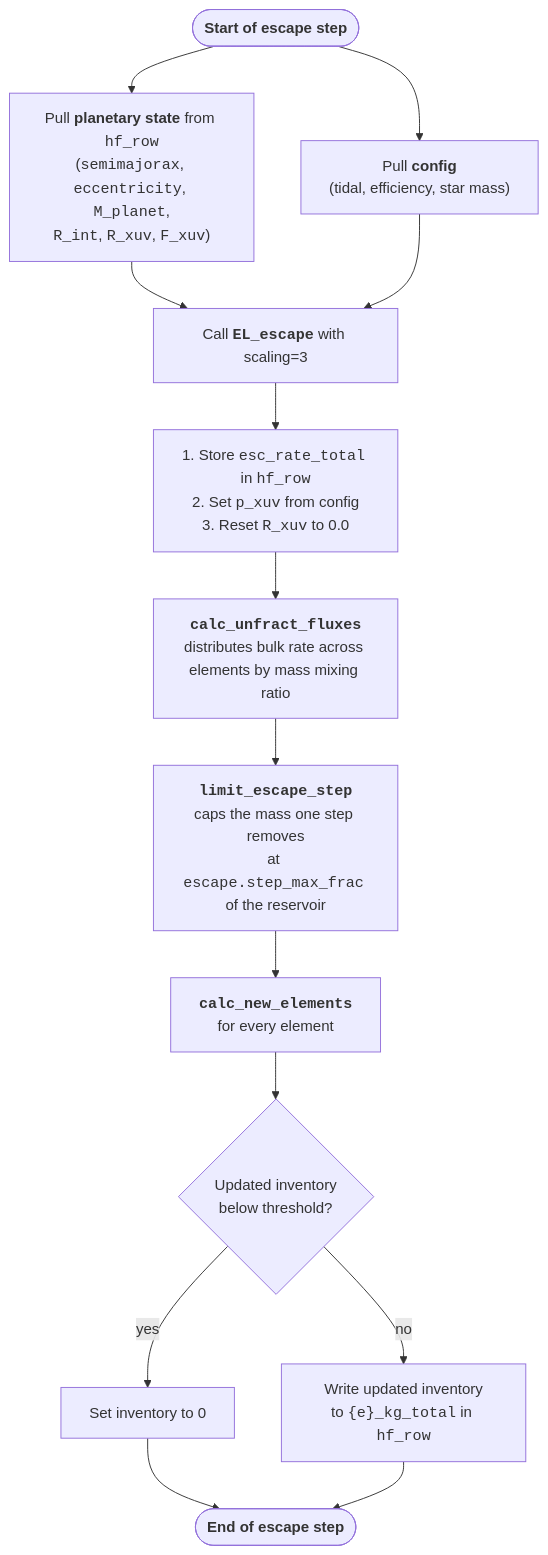
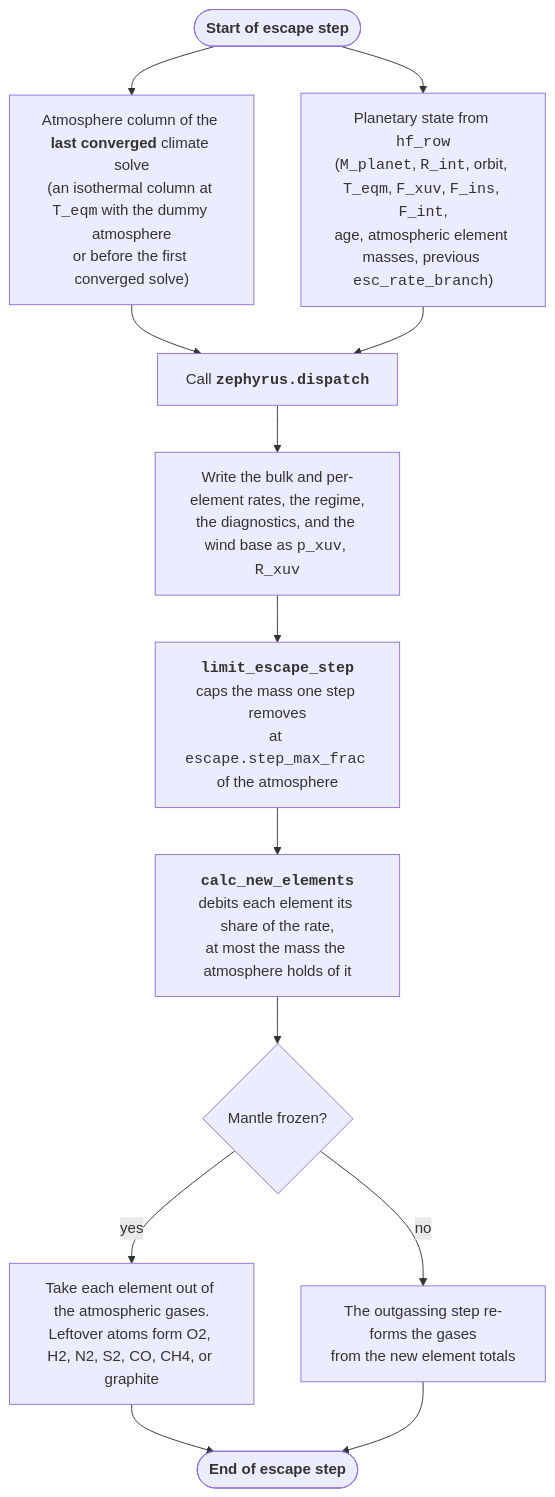
Before and after one commit to FormingWorlds/ZEPHYRUS: the diagram in docs/Explanations/proteus.md, drawn with Mermaid. The commit also changed other lines of this file and 12 other files, not shown here.

````diff
--- a/docs/Explanations/proteus.md
+++ b/docs/Explanations/proteus.md
@@ -52,38 +59,35 @@
 ```mermaid
 flowchart TD
     Start([<b>Start of escape step</b>])
 
-    Pull1["Pull <b>planetary state</b> from <code>hf_row</code><br/>(<code>semimajorax</code>, <code>eccentricity</code>, <code>M_planet</code>,<br/><code>R_int</code>, <code>R_xuv</code>, <code>F_xuv</code>)"]
-    Pull2["Pull <b>config</b><br/>(tidal, efficiency, star mass)"]
+    Column["Atmosphere column of the <b>last converged</b> climate solve<br/>(an isothermal column at <code>T_eqm</code> with the dummy atmosphere<br/>or before the first converged solve)"]
+    Pull["Planetary state from <code>hf_row</code><br/>(<code>M_planet</code>, <code>R_int</code>, orbit, <code>T_eqm</code>, <code>F_xuv</code>, <code>F_ins</code>, <code>F_int</code>,<br/>age, atmospheric element masses, previous <code>esc_rate_branch</code>)"]
 
-    Call["Call <b><code>EL_escape</code></b> with scaling=3"]
+    Call["Call <b><code>zephyrus.dispatch</code></b>"]
 
-    Store["1. Store <code>esc_rate_total</code> in <code>hf_row</code><br/>2. Set <code>p_xuv</code> from config<br/>3. Reset <code>R_xuv</code> to 0.0"]
+    Store["Write the bulk and per-element rates, the regime,<br/>the diagnostics, and the wind base as <code>p_xuv</code>, <code>R_xuv</code>"]
 
-    Distribute["<b><code>calc_unfract_fluxes</code></b><br/>distributes bulk rate across elements by mass mixing ratio"]
+    Cap["<b><code>limit_escape_step</code></b><br/>caps the mass one step removes<br/>at <code>escape.step_max_frac</code> of the atmosphere"]
 
-    Cap["<b><code>limit_escape_step</code></b><br/>caps the mass one step removes<br/>at <code>escape.step_max_frac</code> of the reservoir"]
+    Integrate["<b><code>calc_new_elements</code></b><br/>debits each element its share of the rate,<br/>at most the mass the atmosphere holds of it"]
 
-    Integrate["<b><code>calc_new_elements</code></b><br/>for every element"]
+    Frozen{"Mantle frozen?"}
 
-    Threshold{"Updated inventory<br/>below threshold?"}
-
-    Zero["Set inventory to 0"]
-    Keep["Write updated inventory<br/>to <code>{e}_kg_total</code> in <code>hf_row</code>"]
+    Gases["Take each element out of the atmospheric gases.<br/>Leftover atoms form O2, H2, N2, S2, CO, CH4, or graphite"]
+    Outgas["The outgassing step re-forms the gases<br/>from the new element totals"]
 
     Done([<b>End of escape step</b>])
 
-    Start --> Pull1
-    Start --> Pull2
-    Pull1 --> Call
-    Pull2 --> Call
+    Start --> Column
+    Start --> Pull
+    Column --> Call
+    Pull --> Call
     Call --> Store
-    Store --> Distribute
-    Distribute --> Cap
+    Store --> Cap
     Cap --> Integrate
-    Integrate --> Threshold
-    Threshold -->|yes| Zero
-    Threshold -->|no| Keep
-    Zero --> Done
-    Keep --> Done
+    Integrate --> Frozen
+    Frozen -->|yes| Gases
+    Frozen -->|no| Outgas
+    Gases --> Done
+    Outgas --> Done
 ```
````
